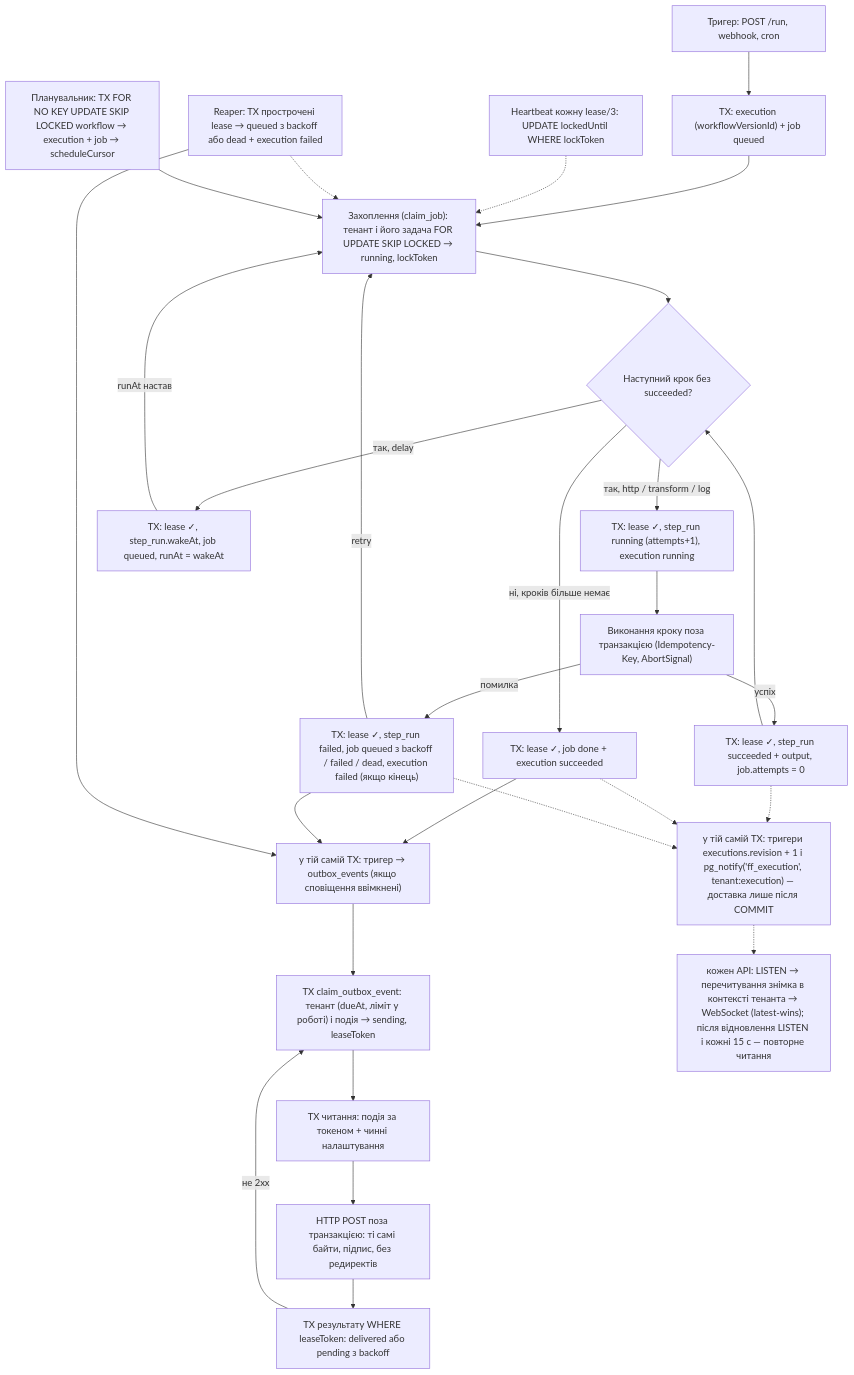
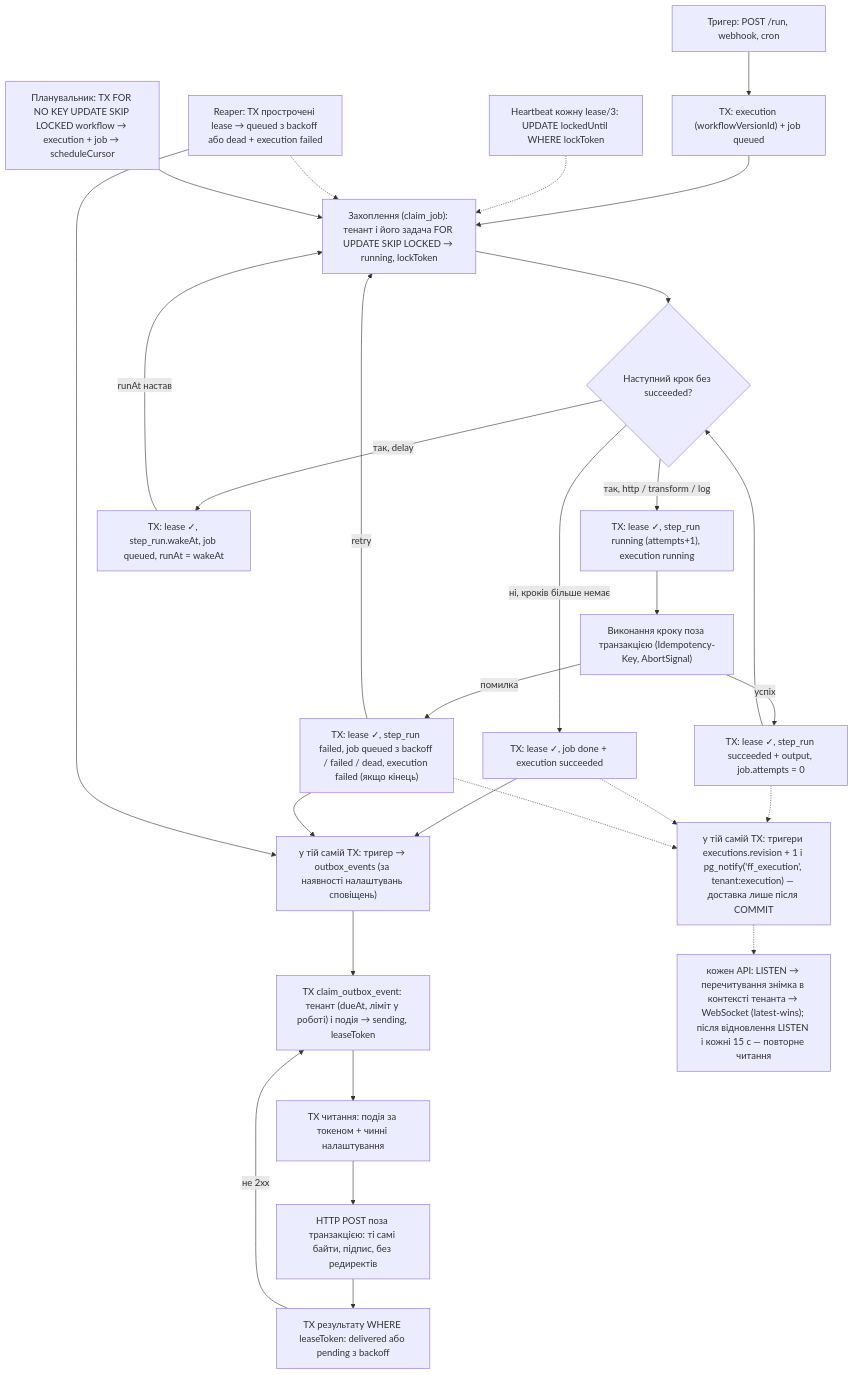
Before and after one commit to JuFios/flowforge-starter: the diagram in README.md, drawn with Mermaid. The commit also changed other lines of this file and 2 other files, not shown here.

````diff
--- a/README.md
+++ b/README.md
@@ -501,30 +503,30 @@
 ```mermaid
 flowchart TD
   T["Тригер: POST /run, webhook, cron"] --> E["TX: execution (workflowVersionId) + job queued"]
   E --> C["Захоплення (claim_job): тенант і його задача FOR UPDATE SKIP LOCKED → running, lockToken"]
   C --> L{"Наступний крок без succeeded?"}
   L -- "так, http / transform / log" --> S["TX: lease ✓, step_run running (attempts+1), execution running"]
   S --> X["Виконання кроку поза транзакцією (Idempotency-Key, AbortSignal)"]
   X -- успіх --> K["TX: lease ✓, step_run succeeded + output, job.attempts = 0"]
   K --> L
   X -- помилка --> F["TX: lease ✓, step_run failed, job queued з backoff / failed / dead, execution failed (якщо кінець)"]
   F -- retry --> C
   L -- "так, delay" --> P["TX: lease ✓, step_run.wakeAt, job queued, runAt = wakeAt"]
   P -- "runAt настав" --> C
   L -- "ні, кроків більше немає" --> D["TX: lease ✓, job done + execution succeeded"]
   H["Heartbeat кожну lease/3: UPDATE lockedUntil WHERE lockToken"] -.-> C
   R["Reaper: TX прострочені lease → queued з backoff або dead + execution failed"] -.-> C
   SC["Планувальник: TX FOR NO KEY UPDATE SKIP LOCKED workflow → execution + job → scheduleCursor"] --> C
-  D --> O["у тій самій TX: тригер → outbox_events (якщо сповіщення ввімкнені)"]
+  D --> O["у тій самій TX: тригер → outbox_events (за наявності налаштувань сповіщень)"]
   F --> O
   R --> O
   O --> OC["TX claim_outbox_event: тенант (dueAt, ліміт у роботі) і подія → sending, leaseToken"]
   OC --> OR["TX читання: подія за токеном + чинні налаштування"]
   OR --> OH["HTTP POST поза транзакцією: ті самі байти, підпис, без редиректів"]
   OH --> OW["TX результату WHERE leaseToken: delivered або pending з backoff"]
   OW -- "не 2xx" --> OC
   K -.-> RV["у тій самій TX: тригери executions.revision + 1 і pg_notify('ff_execution', tenant:execution) — доставка лише після COMMIT"]
   D -.-> RV
   F -.-> RV
   RV -.-> WS["кожен API: LISTEN → перечитування знімка в контексті тенанта → WebSocket (latest-wins); після відновлення LISTEN і кожні 15 с — повторне читання"]
 ```
````
